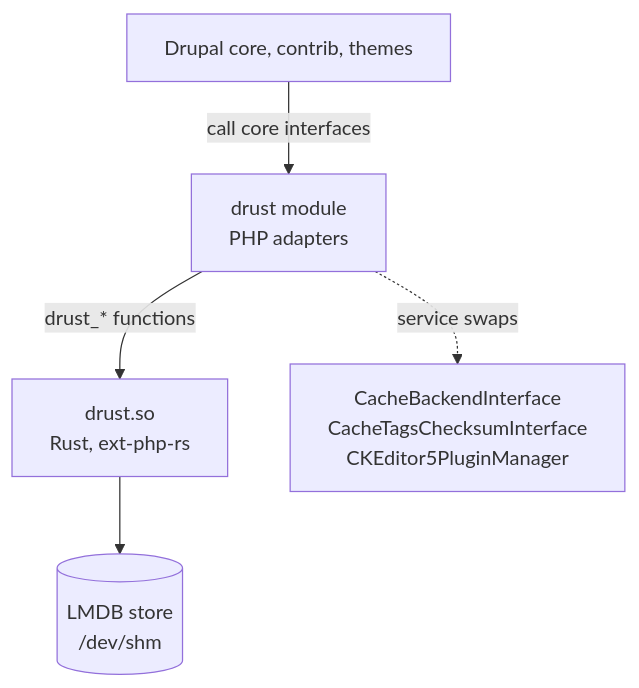
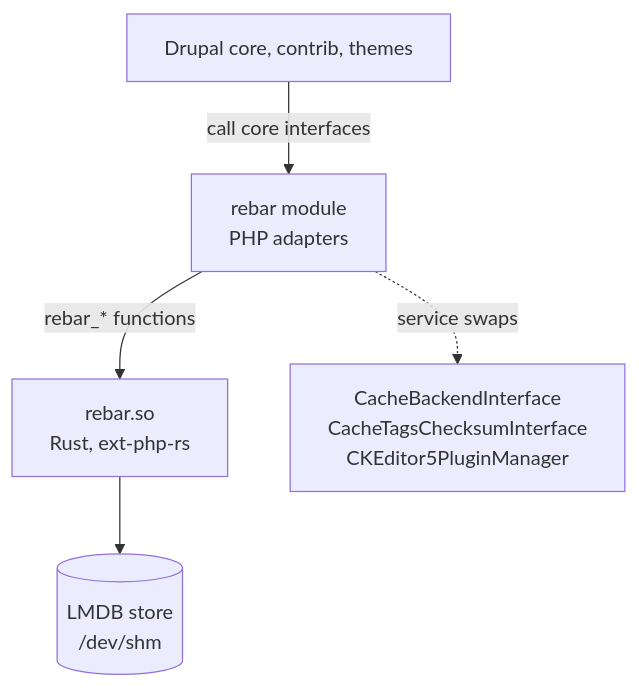
One commit to johnmcgovern/rebar changed the diagram in README.md. Above: the diagram before and after it, drawn with Mermaid. The commit also changed other lines of this file and 49 other files, not shown here.

First line of the commit message:
Rename the project from drust to Rebar

````diff
--- a/README.md
+++ b/README.md
@@ -35,7 +36,7 @@
 ```mermaid
 flowchart TD
-  A[Drupal core, contrib, themes] -->|call core interfaces| B[drust module<br/>PHP adapters]
-  B -->|drust_* functions| C[drust.so<br/>Rust, ext-php-rs]
+  A[Drupal core, contrib, themes] -->|call core interfaces| B[rebar module<br/>PHP adapters]
+  B -->|rebar_* functions| C[rebar.so<br/>Rust, ext-php-rs]
   C --> D[(LMDB store<br/>/dev/shm)]
   B -.->|service swaps| E[CacheBackendInterface<br/>CacheTagsChecksumInterface<br/>CKEditor5PluginManager]
 ```
````
